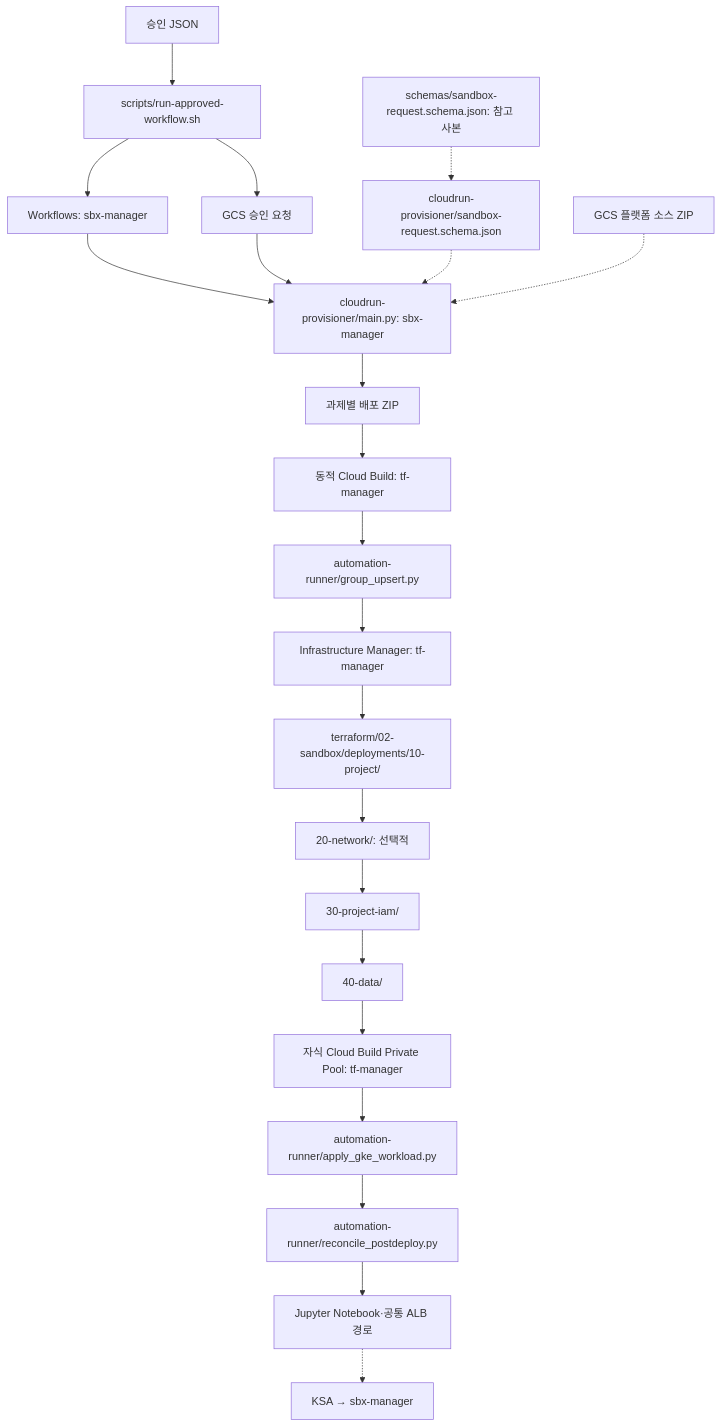
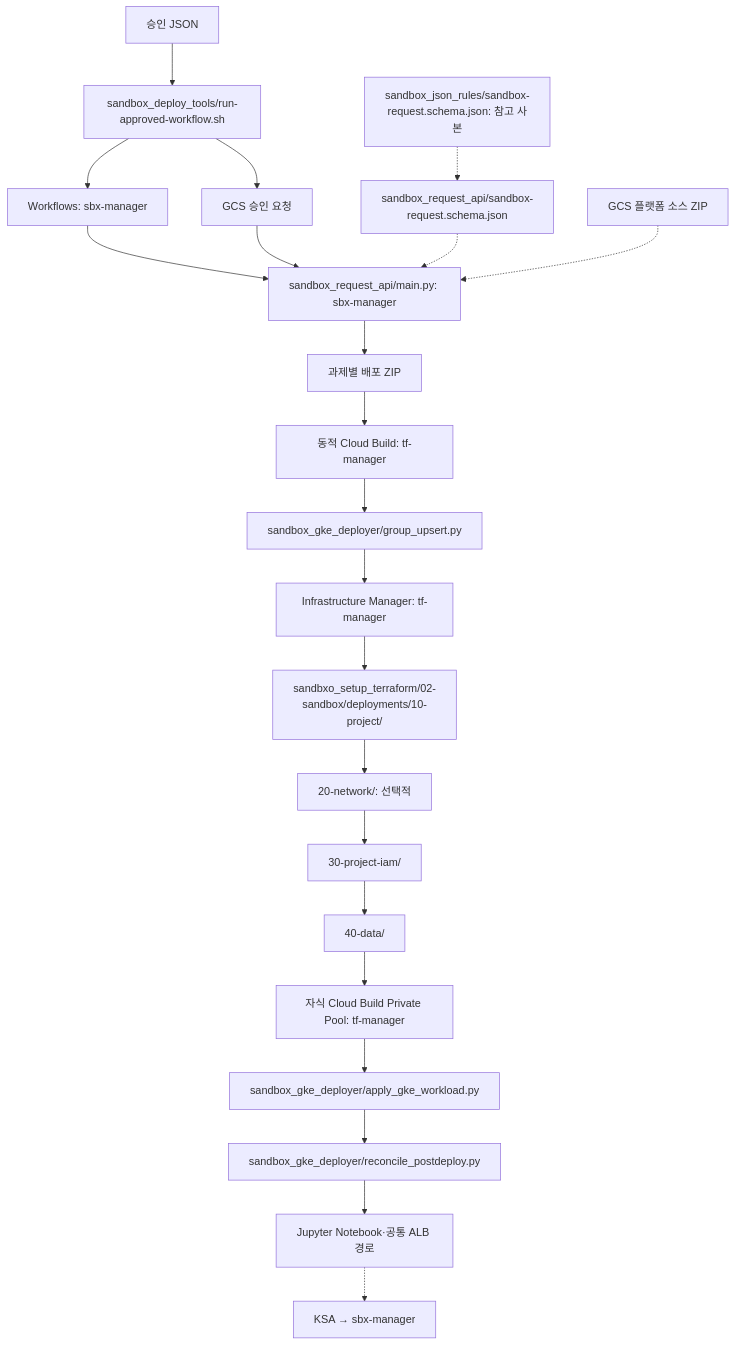
The second of 3 diagrams in docs/file-relationships.md (sonmap/GCP_SBX_Test01), drawn with Mermaid before and after one commit. The commit also changed other lines of this file and 66 other files, not shown here.

````diff
--- a/docs/file-relationships.md
+++ b/docs/file-relationships.md
@@ -26,24 +26,24 @@
 ```mermaid
 flowchart TD
-  REQ["승인 JSON"] --> SEND["scripts/run-approved-workflow.sh"]
+  REQ["승인 JSON"] --> SEND["sandbox_deploy_tools/run-approved-workflow.sh"]
   SEND --> STORE["GCS 승인 요청"]
   SEND --> WF["Workflows: sbx-manager"]
-  WF --> API["cloudrun-provisioner/main.py: sbx-manager"]
+  WF --> API["sandbox_request_api/main.py: sbx-manager"]
   STORE --> API
-  SCHEMA["cloudrun-provisioner/sandbox-request.schema.json"] -.-> API
-  REF["schemas/sandbox-request.schema.json: 참고 사본"] -.-> SCHEMA
+  SCHEMA["sandbox_request_api/sandbox-request.schema.json"] -.-> API
+  REF["sandbox_json_rules/sandbox-request.schema.json: 참고 사본"] -.-> SCHEMA
   SOURCE["GCS 플랫폼 소스 ZIP"] -.-> API
   API --> BUNDLE["과제별 배포 ZIP"]
   BUNDLE --> BUILD["동적 Cloud Build: tf-manager"]
-  BUILD --> GRP["automation-runner/group_upsert.py"]
+  BUILD --> GRP["sandbox_gke_deployer/group_upsert.py"]
   GRP --> IM["Infrastructure Manager: tf-manager"]
-  IM --> T1["terraform/02-sandbox/deployments/10-project/"]
+  IM --> T1["sandbxo_setup_terraform/02-sandbox/deployments/10-project/"]
   T1 --> T2["20-network/: 선택적"]
   T2 --> T3["30-project-iam/"]
   T3 --> T4["40-data/"]
   T4 --> RUN["자식 Cloud Build Private Pool: tf-manager"]
-  RUN --> K8S["automation-runner/apply_gke_workload.py"]
-  K8S --> LB["automation-runner/reconcile_postdeploy.py"]
+  RUN --> K8S["sandbox_gke_deployer/apply_gke_workload.py"]
+  K8S --> LB["sandbox_gke_deployer/reconcile_postdeploy.py"]
   LB --> USER["Jupyter Notebook·공통 ALB 경로"]
   USER -.-> GSA["KSA → sbx-manager"]
 ```
````
